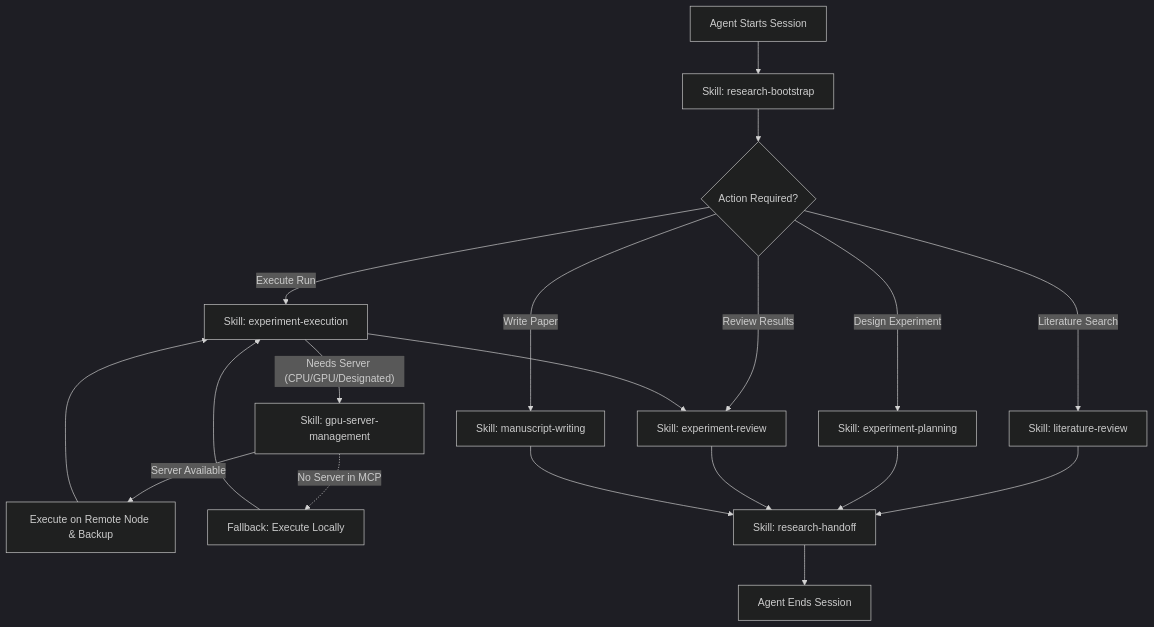
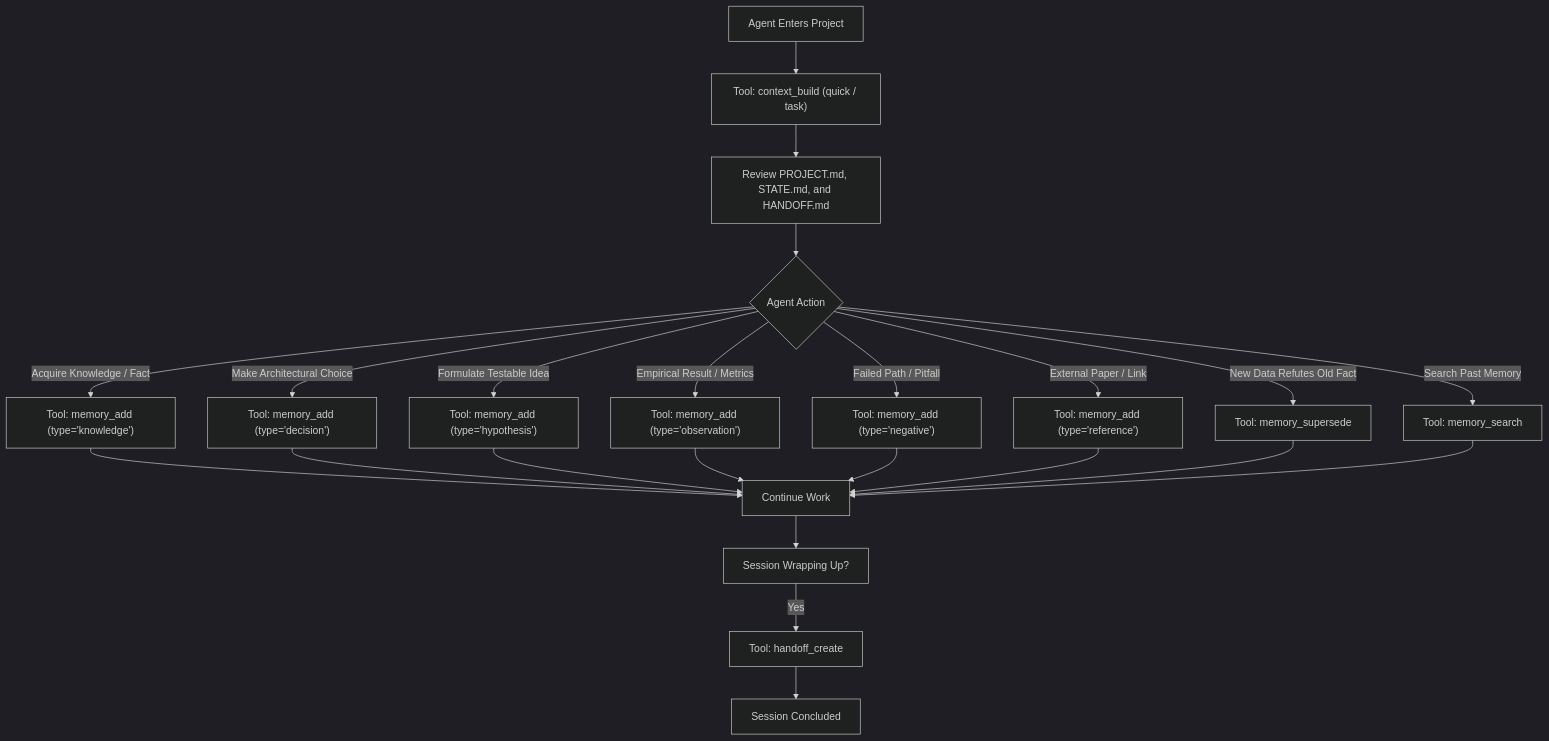
One commit to ixijxjgxidj-cmd/ResearchOS changed the diagram in AGENTS.md. Above: the diagram before and after it, drawn with Mermaid (dark theme). The commit also changed other lines of this file and 154 other files, not shown here.

Commit message:
feat: refactor ResearchOS to Universal Long-Term Research Memory (v2.0.0)

````diff
--- a/AGENTS.md
+++ b/AGENTS.md
@@ -36,21 +25,25 @@
 ```mermaid
 flowchart TD
-    A["Agent Starts Session"] --> B["Skill: research-bootstrap"]
-    B --> C{"Action Required?"}
-    C -->|"Literature Search"| D["Skill: literature-review"]
-    C -->|"Design Experiment"| E["Skill: experiment-planning"]
-    C -->|"Execute Run"| F["Skill: experiment-execution"]
-    F -->|"Needs Server (CPU/GPU/Designated)"| F_GPU["Skill: gpu-server-management"]
-    F_GPU -->|"Server Available"| F_REMOTE["Execute on Remote Node & Backup"]
-    F_REMOTE --> F
-    F_GPU -.->|"No Server in MCP"| F_LOCAL["Fallback: Execute Locally"]
-    F_LOCAL --> F
-    C -->|"Review Results"| G["Skill: experiment-review"]
-    C -->|"Write Paper"| H["Skill: manuscript-writing"]
-    D --> I["Skill: research-handoff"]
-    E --> I
-    F --> G
-    G --> I
-    H --> I
-    I --> J["Agent Ends Session"]
+    A["Agent Enters Project"] --> B["Tool: context_build (quick / task)"]
+    B --> C["Review PROJECT.md, STATE.md, and HANDOFF.md"]
+    C --> D{"Agent Action"}
+    D -->|"Acquire Knowledge / Fact"| E["Tool: memory_add (type='knowledge')"]
+    D -->|"Make Architectural Choice"| F["Tool: memory_add (type='decision')"]
+    D -->|"Formulate Testable Idea"| G["Tool: memory_add (type='hypothesis')"]
+    D -->|"Empirical Result / Metrics"| H["Tool: memory_add (type='observation')"]
+    D -->|"Failed Path / Pitfall"| I["Tool: memory_add (type='negative')"]
+    D -->|"External Paper / Link"| J["Tool: memory_add (type='reference')"]
+    D -->|"New Data Refutes Old Fact"| K["Tool: memory_supersede"]
+    D -->|"Search Past Memory"| L["Tool: memory_search"]
+    E --> M["Continue Work"]
+    F --> M
+    G --> M
+    H --> M
+    I --> M
+    J --> M
+    K --> M
+    L --> M
+    M --> N["Session Wrapping Up?"]
+    N -->|"Yes"| O["Tool: handoff_create"]
+    O --> P["Session Concluded"]
 ```
````
